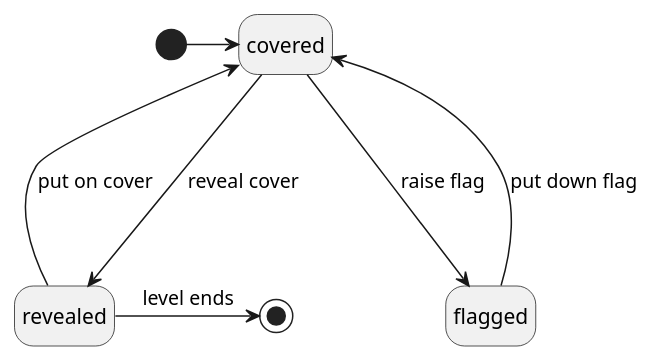
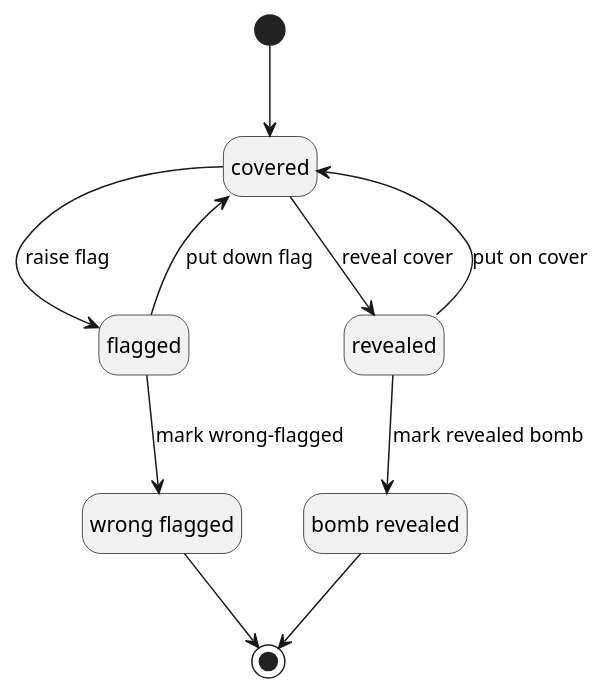
Before and after one commit to SnekTech/SnekSweeper: the diagram in src/SnekSweeperCore/Diagrams/cell-state.puml, drawn with PlantUML. The commit also changed 13 other files, not shown here.

```diff
--- a/src/SnekSweeperCore/Diagrams/cell-state.puml
+++ b/src/SnekSweeperCore/Diagrams/cell-state.puml
@@ -1,19 +1,25 @@
 @startuml
 'https://plantuml.com/state-diagram
 hide empty description
 
 state covered
 state flagged
 state revealed
+state "wrong flagged" as wrongFlagged
+state "bomb revealed" as bombRevealed
 
-[*] -> covered
+[*] --> covered
 
-covered ---> flagged : raise flag
-flagged ---> covered : put down flag
+covered --> flagged : raise flag
+flagged --> covered : put down flag
 
-covered ---> revealed : reveal cover
-revealed ---> covered : put on cover
+covered --> revealed : reveal cover
+revealed --> covered : put on cover
 
-revealed -> [*] : level ends
+flagged --> wrongFlagged : mark wrong-flagged
+revealed --> bombRevealed : mark revealed bomb
+
+wrongFlagged --> [*]
+bombRevealed --> [*]
 
 @enduml
```
